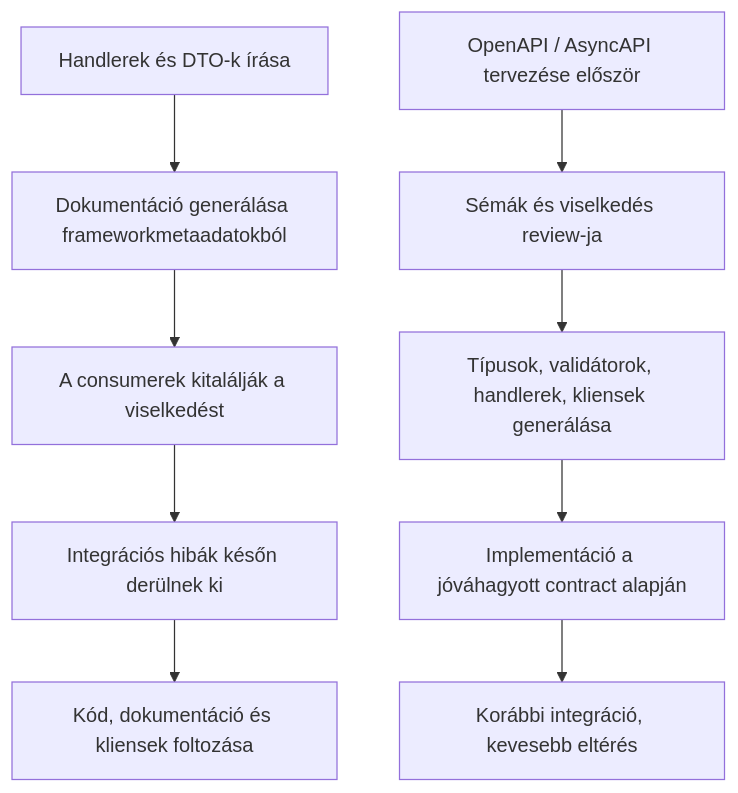
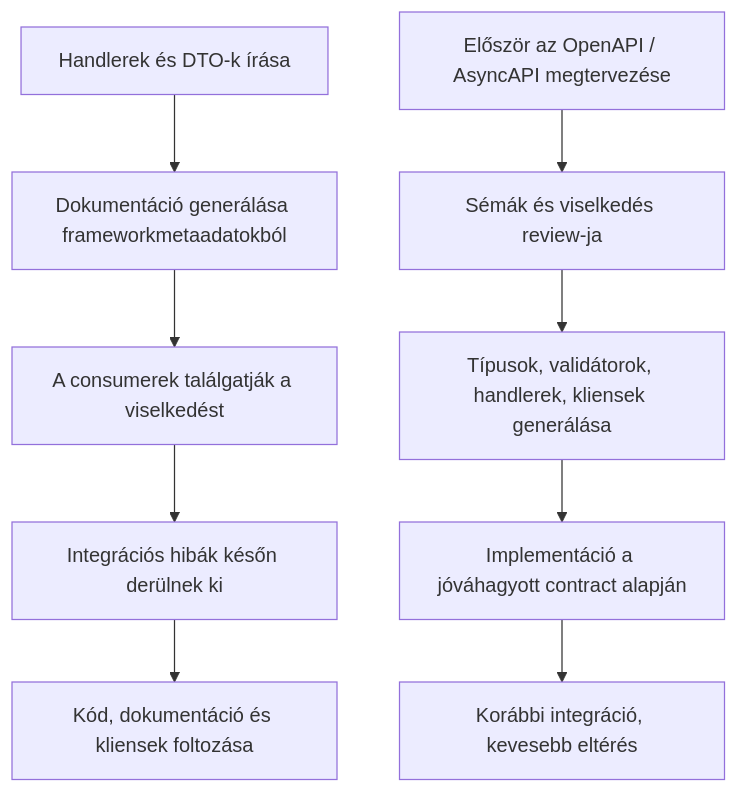
One commit to monad-systems/monad.hu changed the first of 3 diagrams in posts/hu/contract-first-json-schema.md. Above: the diagram before and after it, drawn with Mermaid. The commit also changed other lines of this file, not shown here.

````diff
--- a/posts/hu/contract-first-json-schema.md
+++ b/posts/hu/contract-first-json-schema.md
@@ -67,12 +67,12 @@
 ```mermaid
 flowchart TD
     A[Handlerek és DTO-k írása] --> B[Dokumentáció generálása frameworkmetaadatokból]
-    B --> C[A consumerek kitalálják a viselkedést]
+    B --> C[A consumerek találgatják a viselkedést]
     C --> D[Integrációs hibák későn derülnek ki]
     D --> E[Kód, dokumentáció és kliensek foltozása]
 
-    F[OpenAPI / AsyncAPI tervezése először] --> G[Sémák és viselkedés review-ja]
+    F[Először az OpenAPI / AsyncAPI megtervezése] --> G[Sémák és viselkedés review-ja]
     G --> H[Típusok, validátorok, handlerek, kliensek generálása]
     H --> I[Implementáció a jóváhagyott contract alapján]
     I --> J[Korábbi integráció, kevesebb eltérés]
 ```
````
